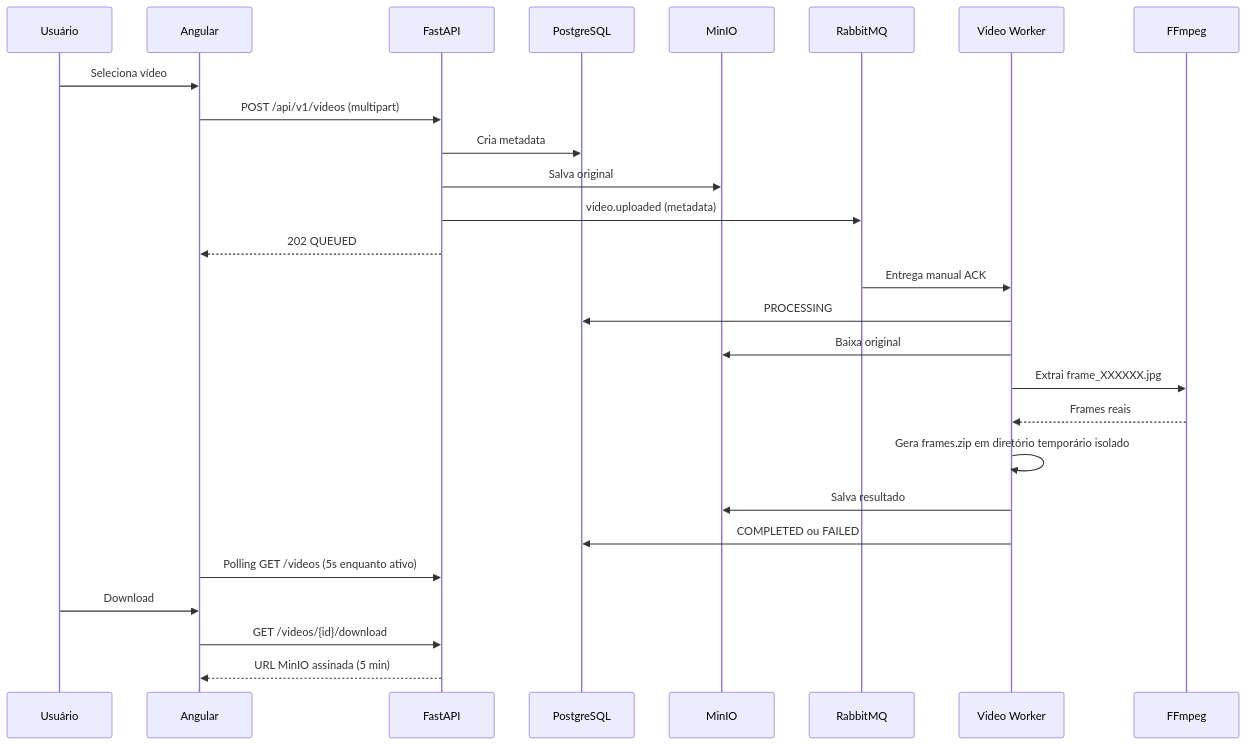
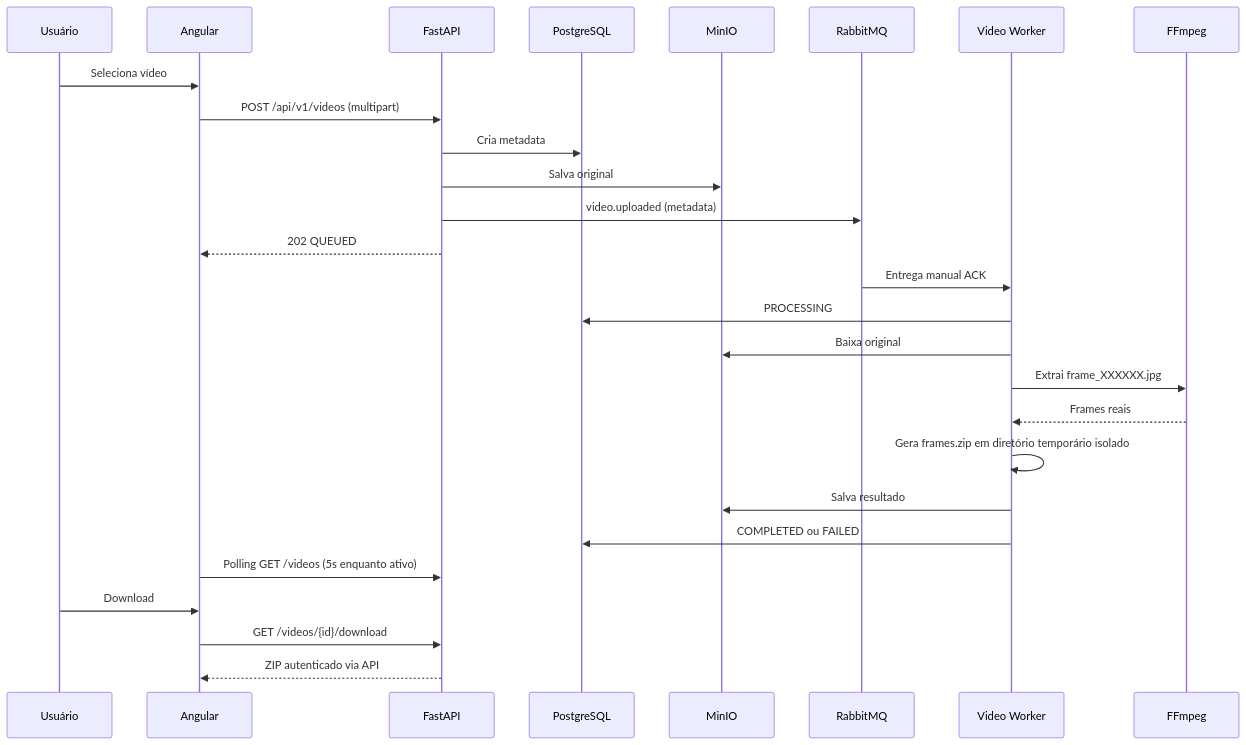
Before and after one commit to dev-ana-lopes/fiapX: the second of 2 diagrams in README.md, drawn with Mermaid. The commit also changed other lines of this file and 74 other files, not shown here.

````diff
--- a/README.md
+++ b/README.md
@@ -24,30 +24,30 @@
 ```mermaid
 sequenceDiagram
     participant U as Usuário
     participant FE as Angular
     participant API as FastAPI
     participant DB as PostgreSQL
     participant S3 as MinIO
     participant MQ as RabbitMQ
     participant W as Video Worker
     participant FF as FFmpeg
 
     U->>FE: Seleciona vídeo
     FE->>API: POST /api/v1/videos (multipart)
     API->>DB: Cria metadata
     API->>S3: Salva original
     API->>MQ: video.uploaded (metadata)
     API-->>FE: 202 QUEUED
     MQ->>W: Entrega manual ACK
     W->>DB: PROCESSING
     W->>S3: Baixa original
     W->>FF: Extrai frame_XXXXXX.jpg
     FF-->>W: Frames reais
     W->>W: Gera frames.zip em diretório temporário isolado
     W->>S3: Salva resultado
     W->>DB: COMPLETED ou FAILED
     FE->>API: Polling GET /videos (5s enquanto ativo)
     U->>FE: Download
     FE->>API: GET /videos/{id}/download
-    API-->>FE: URL MinIO assinada (5 min)
+    API-->>FE: ZIP autenticado via API
 ```
````
